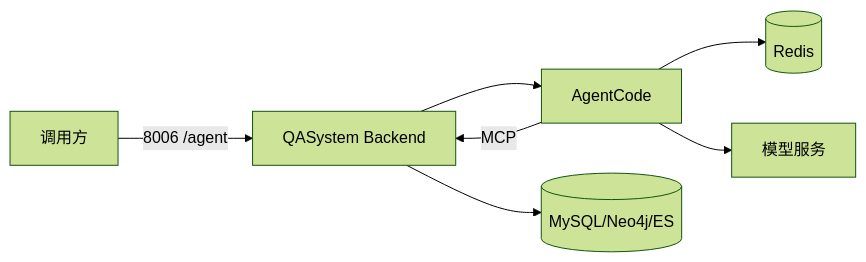
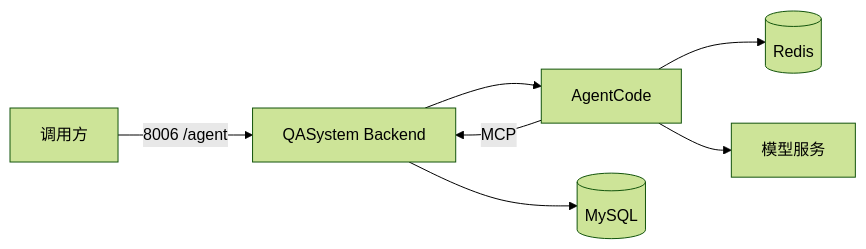
One commit to Kogler7/QASystem changed the diagram in docs/Agent/部署运维指南.md. Above: the diagram before and after it, drawn with Mermaid (forest theme). The commit also changed other lines of this file and 70 other files, not shown here.

````diff
--- a/docs/Agent/部署运维指南.md
+++ b/docs/Agent/部署运维指南.md
@@ -9,9 +9,9 @@
 ```mermaid
 flowchart LR
     Caller[调用方] -->|8006 /agent| Backend[QASystem Backend]
     Backend --> Agent[AgentCode]
     Agent --> Redis[(Redis)]
     Agent -->|MCP| Backend
     Agent --> LLM[模型服务]
-    Backend --> DB[(MySQL/Neo4j/ES)]
+    Backend --> DB[(MySQL)]
 ```
````
